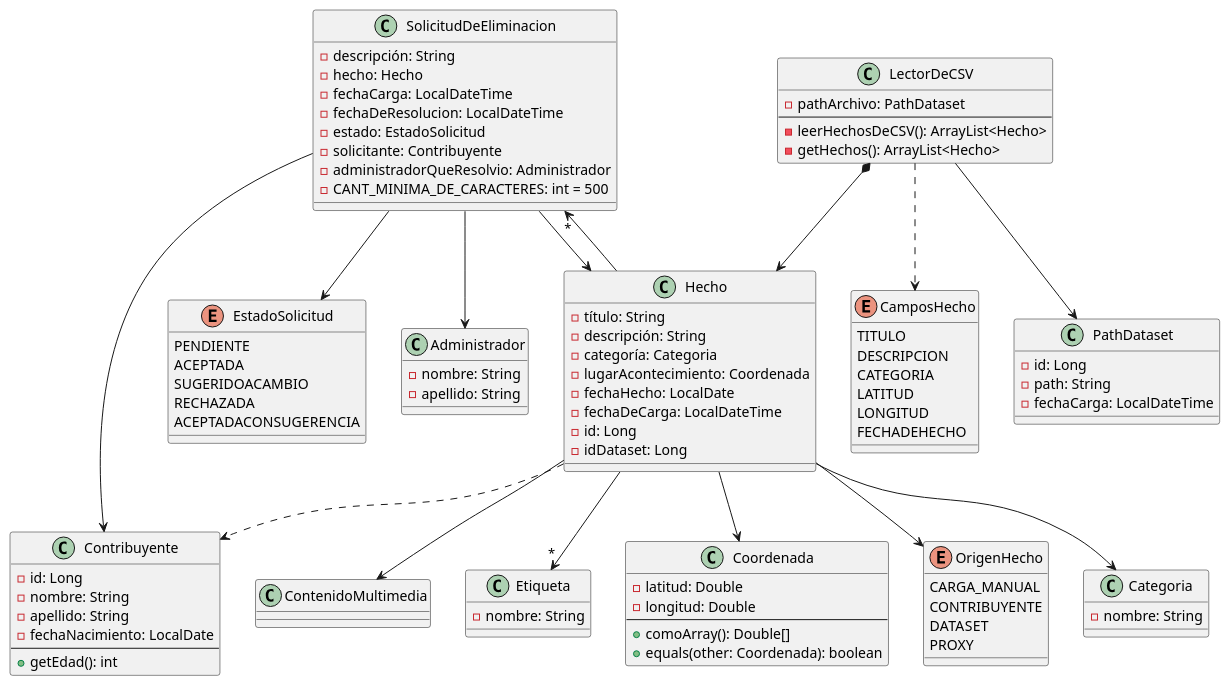
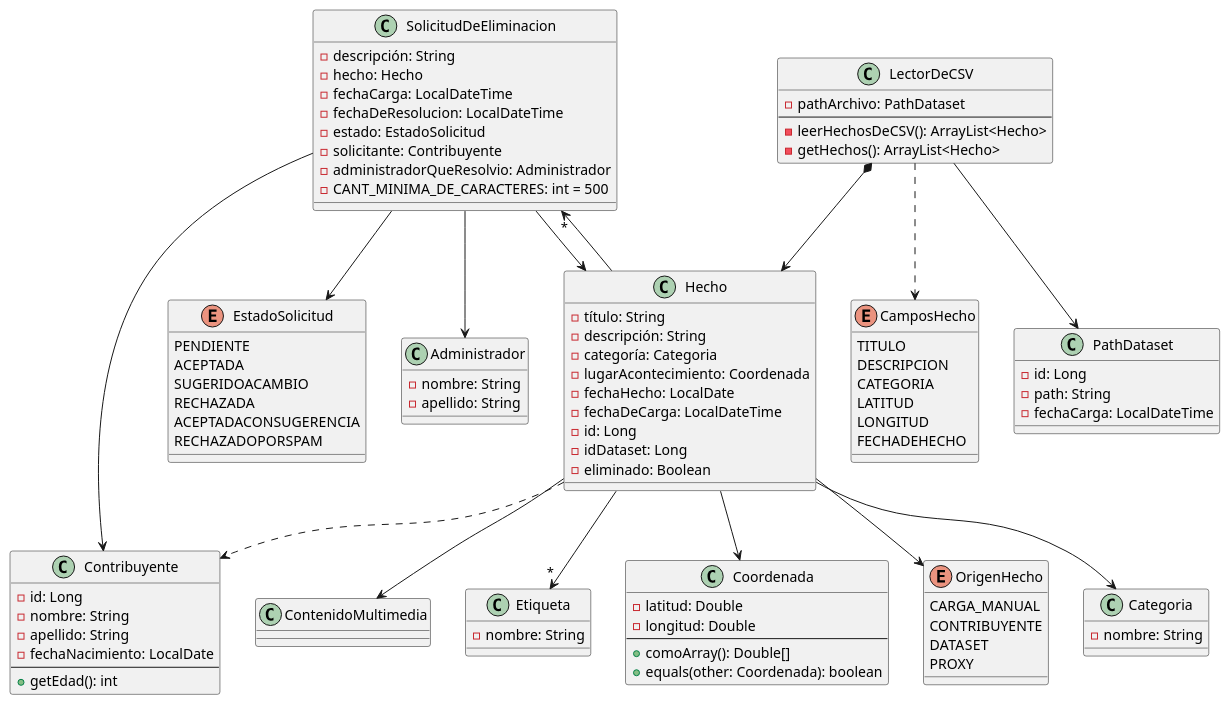
The diagram in fuente-estatica/ddcFuenteEstatica.puml (faustorod1/MetaMapa), drawn with PlantUML before and after one commit. The commit also changed 34 other files, not shown here.

```diff
--- a/fuente-estatica/ddcFuenteEstatica.puml
+++ b/fuente-estatica/ddcFuenteEstatica.puml
@@ -1,115 +1,117 @@
 @startuml
 
 class Administrador{
 - nombre: String
 - apellido: String
 }
 
 enum CamposHecho{
     TITULO
     DESCRIPCION
     CATEGORIA
     LATITUD
     LONGITUD
     FECHADEHECHO
 }
 
 
 class Categoria{
 - nombre: String
 }
 
 class ContenidoMultimedia{
 }
 
 
 enum EstadoSolicitud {
     PENDIENTE
     ACEPTADA
     SUGERIDOACAMBIO
     RECHAZADA
     ACEPTADACONSUGERENCIA
+    RECHAZADOPORSPAM
 }
 
 class Etiqueta{
 - nombre: String
 }
 
 class Coordenada{
 - latitud: Double
 - longitud: Double
 --
 + comoArray(): Double[]
 + equals(other: Coordenada): boolean
 }
 
 class Hecho{
 - título: String
 - descripción: String
 - categoría: Categoria
 - lugarAcontecimiento: Coordenada
 - fechaHecho: LocalDate
 - fechaDeCarga: LocalDateTime
 - id: Long
 - idDataset: Long
+- eliminado: Boolean
 }
 
 class LectorDeCSV{
 - pathArchivo: PathDataset
 --
 - leerHechosDeCSV(): ArrayList<Hecho>
 - getHechos(): ArrayList<Hecho>
 }
 
 enum OrigenHecho{
 CARGA_MANUAL
 CONTRIBUYENTE
 DATASET
 PROXY
 }
 
 
 class Contribuyente{
 - id: Long
 - nombre: String
 - apellido: String
 - fechaNacimiento: LocalDate
 --
 + getEdad(): int
 }
 
 class PathDataset{
 - id: Long
 - path: String
 - fechaCarga: LocalDateTime
 }
 
 class SolicitudDeEliminacion{
 - descripción: String
 - hecho: Hecho
 - fechaCarga: LocalDateTime
 - fechaDeResolucion: LocalDateTime
 - estado: EstadoSolicitud
 - solicitante: Contribuyente
 - administradorQueResolvio: Administrador
 - CANT_MINIMA_DE_CARACTERES: int = 500
 }
 
 Hecho --> Categoria
 Hecho --> ContenidoMultimedia
 Hecho --> OrigenHecho
 Hecho --> Coordenada
 Hecho -->"*" SolicitudDeEliminacion
 Hecho -->"*" Etiqueta
 Hecho ..> Contribuyente
 
 LectorDeCSV *--> Hecho
 LectorDeCSV ..> CamposHecho
 LectorDeCSV --> PathDataset
 
 SolicitudDeEliminacion --> Hecho
 SolicitudDeEliminacion --> EstadoSolicitud
 SolicitudDeEliminacion --> Contribuyente
 SolicitudDeEliminacion --> Administrador
 
 @enduml
```
